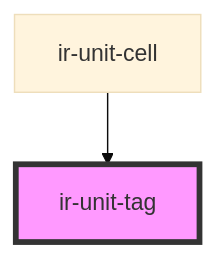
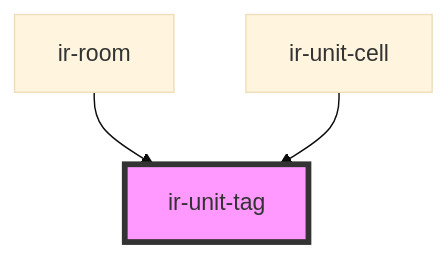
One commit to David1Chowaifaty/modified-ir-webcmp changed the diagram in src/components/ir-unit-tag/readme.md. Above: the diagram before and after it, drawn with Mermaid (base theme). The commit also changed other lines of this file and 69 other files, not shown here.

````diff
--- a/src/components/ir-unit-tag/readme.md
+++ b/src/components/ir-unit-tag/readme.md
@@ -22,5 +23,6 @@
 ```mermaid
 graph TD;
+  ir-room --> ir-unit-tag
   ir-unit-cell --> ir-unit-tag
   style ir-unit-tag fill:#f9f,stroke:#333,stroke-width:4px
 ```
````
